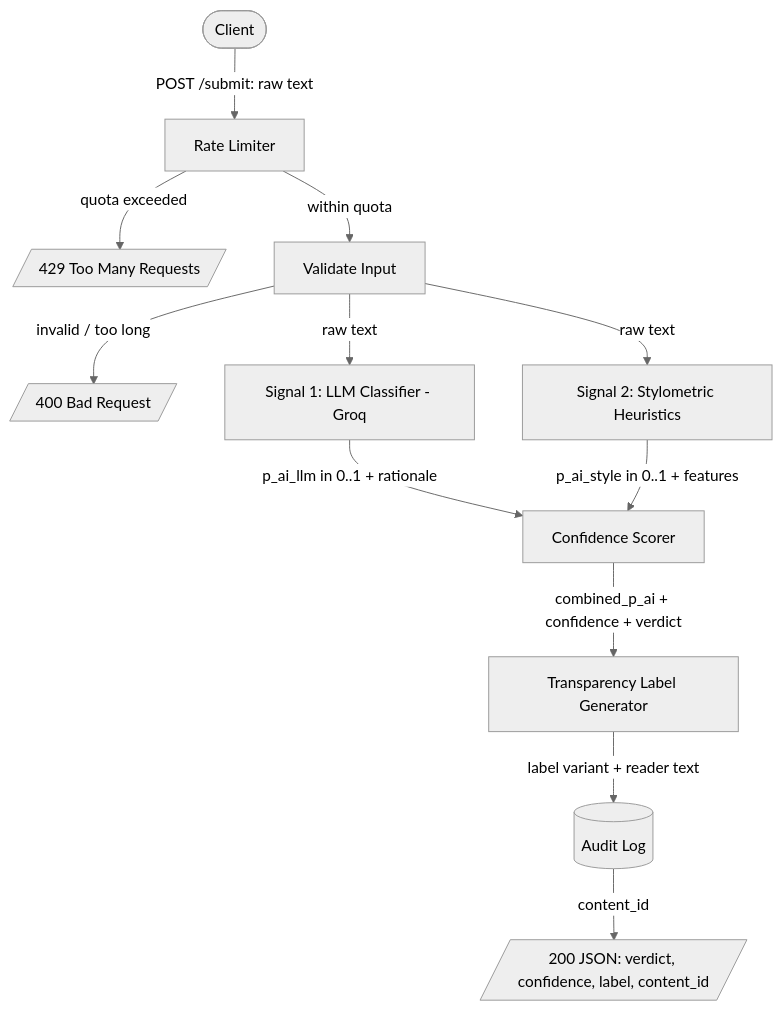
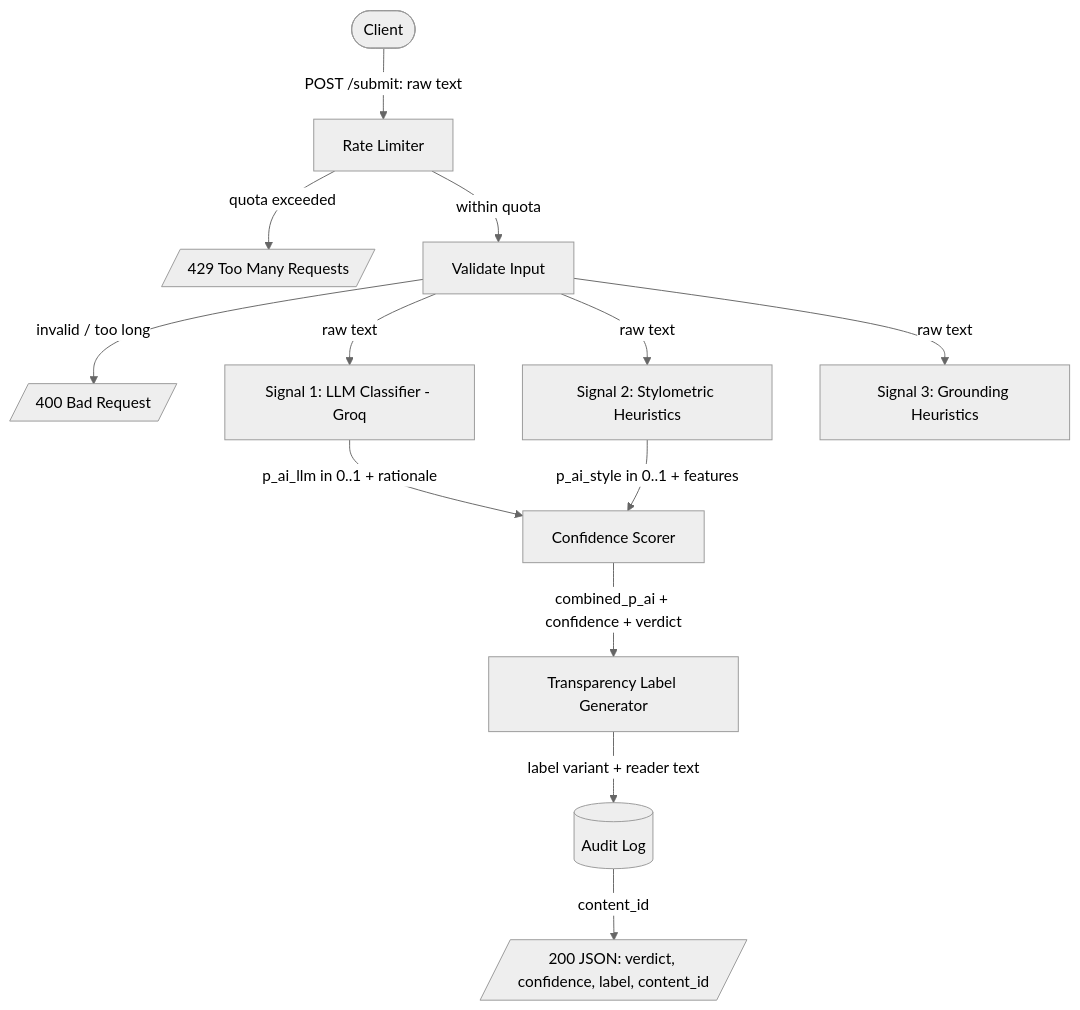
One commit to DasEd955/AttributionLens changed the first of 2 diagrams in README.md. Above: the diagram before and after it, drawn with Mermaid (neutral theme).

````diff
--- a/README.md
+++ b/README.md
@@ -53,14 +53,15 @@
 ```mermaid
 flowchart TD
     A([Client]) -->|POST /submit: raw text| B[Rate Limiter]
     B -->|quota exceeded| RL[/429 Too Many Requests/]
     B -->|within quota| C[Validate Input]
     C -->|invalid / too long| ERR[/400 Bad Request/]
     C -->|raw text| D[Signal 1: LLM Classifier - Groq]
     C -->|raw text| E[Signal 2: Stylometric Heuristics]
+    C -->|raw text| G3[Signal 3: Grounding Heuristics]
     D -->|p_ai_llm in 0..1 + rationale| F[Confidence Scorer]
     E -->|p_ai_style in 0..1 + features| F
     F -->|combined_p_ai + confidence + verdict| G[Transparency Label Generator]
     G -->|label variant + reader text| H[(Audit Log)]
     H -->|content_id| I[/200 JSON: verdict, confidence, label, content_id/]
 ```
````
